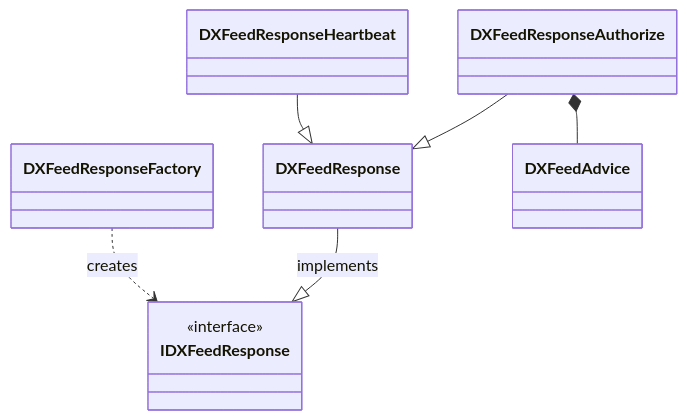
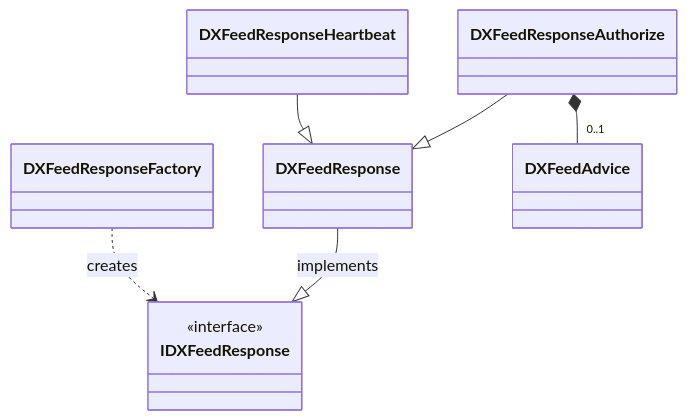
The second of 2 diagrams in Doc/Details/dxfeedmessage.md (nikolaygekht/DXFeed.Net), drawn with Mermaid before and after one commit.

````diff
--- a/Doc/Details/dxfeedmessage.md
+++ b/Doc/Details/dxfeedmessage.md
@@ -27,28 +27,28 @@
 ```mermaid
 classDiagram
 
 class IDXFeedResponse
 <<interface>> IDXFeedResponse
 
 class DXFeedResponse
 
 class DXFeedResponseFactory
 
 class DXFeedResponseAuthorize
 
 class DXFeedResponseHeartbeat
 
 class DXFeedAdvice
 
 DXFeedResponse --|> IDXFeedResponse : implements
 
 DXFeedResponseFactory ..> IDXFeedResponse : creates
 
 DXFeedResponseAuthorize --|> DXFeedResponse
 
 DXFeedResponseHeartbeat --|> DXFeedResponse
 
-DXFeedResponseAuthorize *-- DXFeedAdvice
+DXFeedResponseAuthorize *-- "0..1" DXFeedAdvice
 
 
 ```
````
